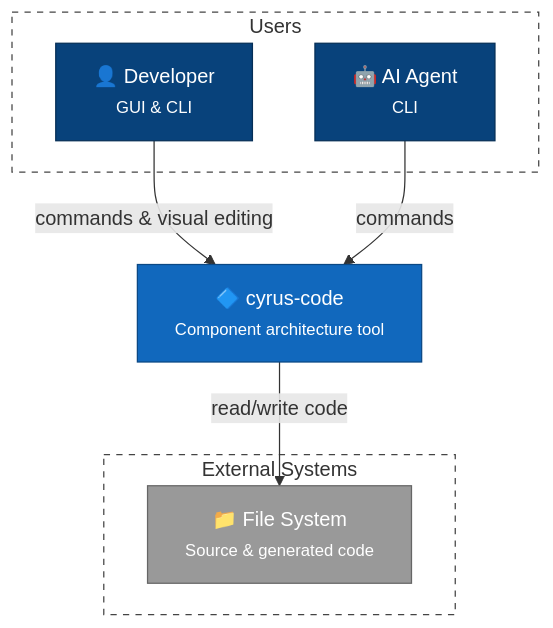
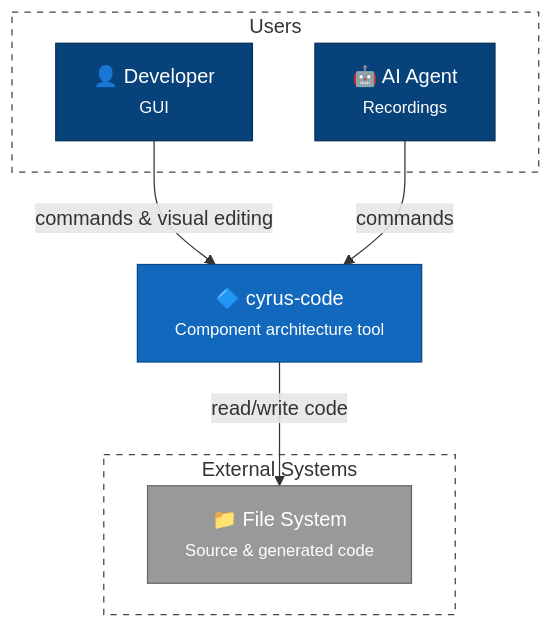
One commit to louipr/cyrus-code changed the diagram in docs/c4/1-context.md. Above: the diagram before and after it, drawn with Mermaid. The commit also changed other lines of this file and 54 other files, not shown here.

First line of the commit message:
refactor: remove CLI, dead IPC endpoints, and update architecture docs

````diff
--- a/docs/c4/1-context.md
+++ b/docs/c4/1-context.md
@@ -9,27 +9,27 @@
 ```mermaid
 flowchart TB
     subgraph users ["Users"]
-        dev["👤 Developer<br/><small>GUI & CLI</small>"]
-        ai["🤖 AI Agent<br/><small>CLI</small>"]
+        dev["👤 Developer<br/><small>GUI</small>"]
+        ai["🤖 AI Agent<br/><small>Recordings</small>"]
     end
 
     cyrus["🔷 cyrus-code<br/><small>Component architecture tool</small>"]
 
     subgraph external ["External Systems"]
         fs["📁 File System<br/><small>Source & generated code</small>"]
     end
 
     dev -->|"commands & visual editing"| cyrus
     ai -->|"commands"| cyrus
     cyrus -->|"read/write code"| fs
 
     classDef person fill:#08427b,stroke:#052e56,color:#fff
     classDef system fill:#1168bd,stroke:#0b4884,color:#fff
     classDef external fill:#999999,stroke:#666666,color:#fff
     classDef boundary fill:transparent,stroke:#444,stroke-dasharray:5
 
     class dev,ai person
     class cyrus system
     class fs external
     class users,external boundary
 ```
````
